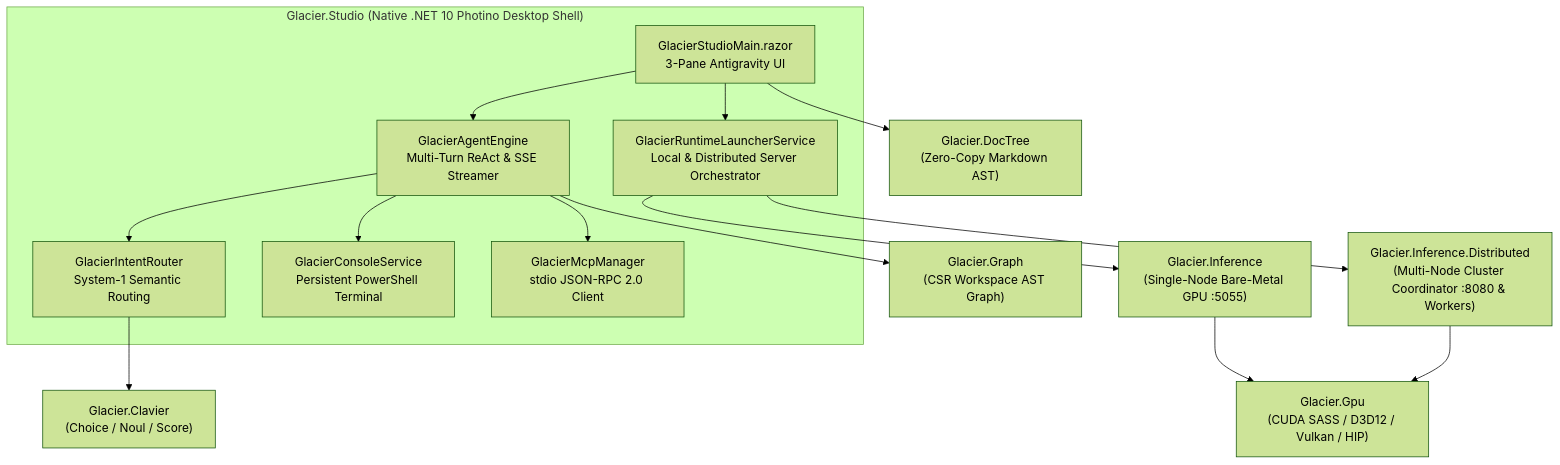
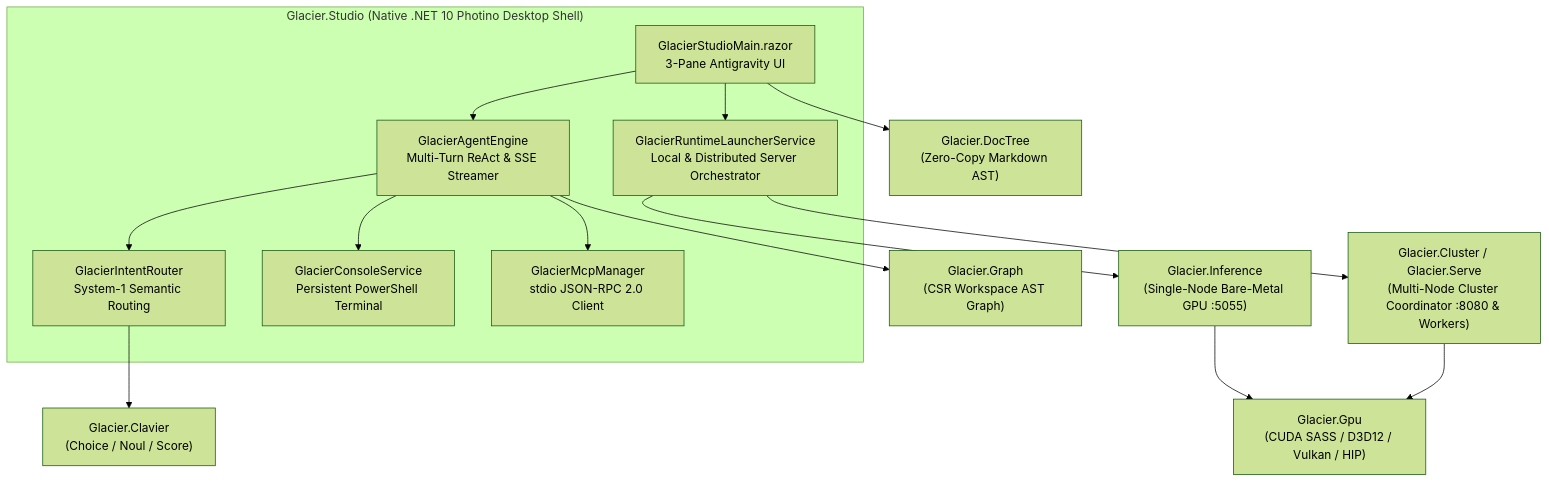
One commit to ian-cowley/Glacier.Studio changed the diagram in README.md. Above: the diagram before and after it, drawn with Mermaid (forest theme). The commit also changed other lines of this file and 11 other files, not shown here.

````diff
--- a/README.md
+++ b/README.md
@@ -80,25 +80,25 @@
 ```mermaid
 graph TD
     subgraph Studio ["Glacier.Studio (Native .NET 10 Photino Desktop Shell)"]
         UI[GlacierStudioMain.razor<br/>3-Pane Antigravity UI]
         Engine[GlacierAgentEngine<br/>Multi-Turn ReAct & SSE Streamer]
         Router[GlacierIntentRouter<br/>System-1 Semantic Routing]
         Launcher[GlacierRuntimeLauncherService<br/>Local & Distributed Server Orchestrator]
         Console[GlacierConsoleService<br/>Persistent PowerShell Terminal]
         Mcp[GlacierMcpManager<br/>stdio JSON-RPC 2.0 Client]
     end
 
     UI --> Engine
     UI --> Launcher
     Engine --> Router
     Engine --> Console
     Engine --> Mcp
 
     Router --> Clavier["Glacier.Clavier<br/>(Choice / Noul / Score)"]
     Engine --> Graph["Glacier.Graph<br/>(CSR Workspace AST Graph)"]
     UI --> DocTree["Glacier.DocTree<br/>(Zero-Copy Markdown AST)"]
     Launcher --> Inf["Glacier.Inference<br/>(Single-Node Bare-Metal GPU :5055)"]
-    Launcher --> Dist["Glacier.Inference.Distributed<br/>(Multi-Node Cluster Coordinator :8080 & Workers)"]
+    Launcher --> Dist["Glacier.Cluster / Glacier.Serve<br/>(Multi-Node Cluster Coordinator :8080 & Workers)"]
     Inf --> Gpu["Glacier.Gpu<br/>(CUDA SASS / D3D12 / Vulkan / HIP)"]
     Dist --> Gpu
 ```
````
